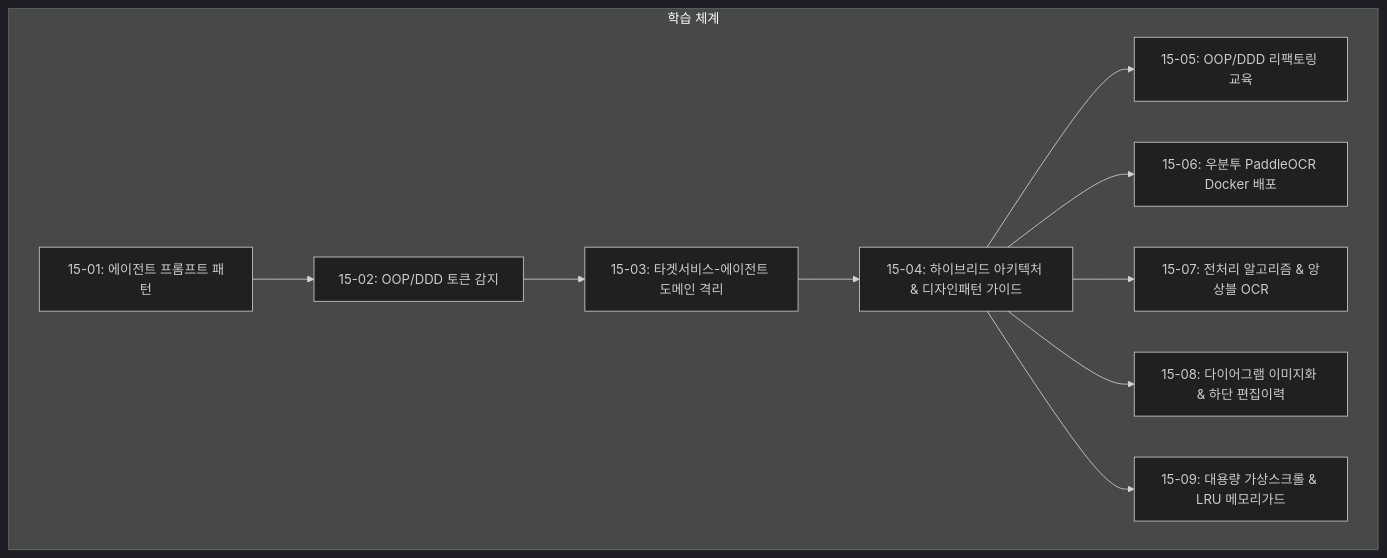
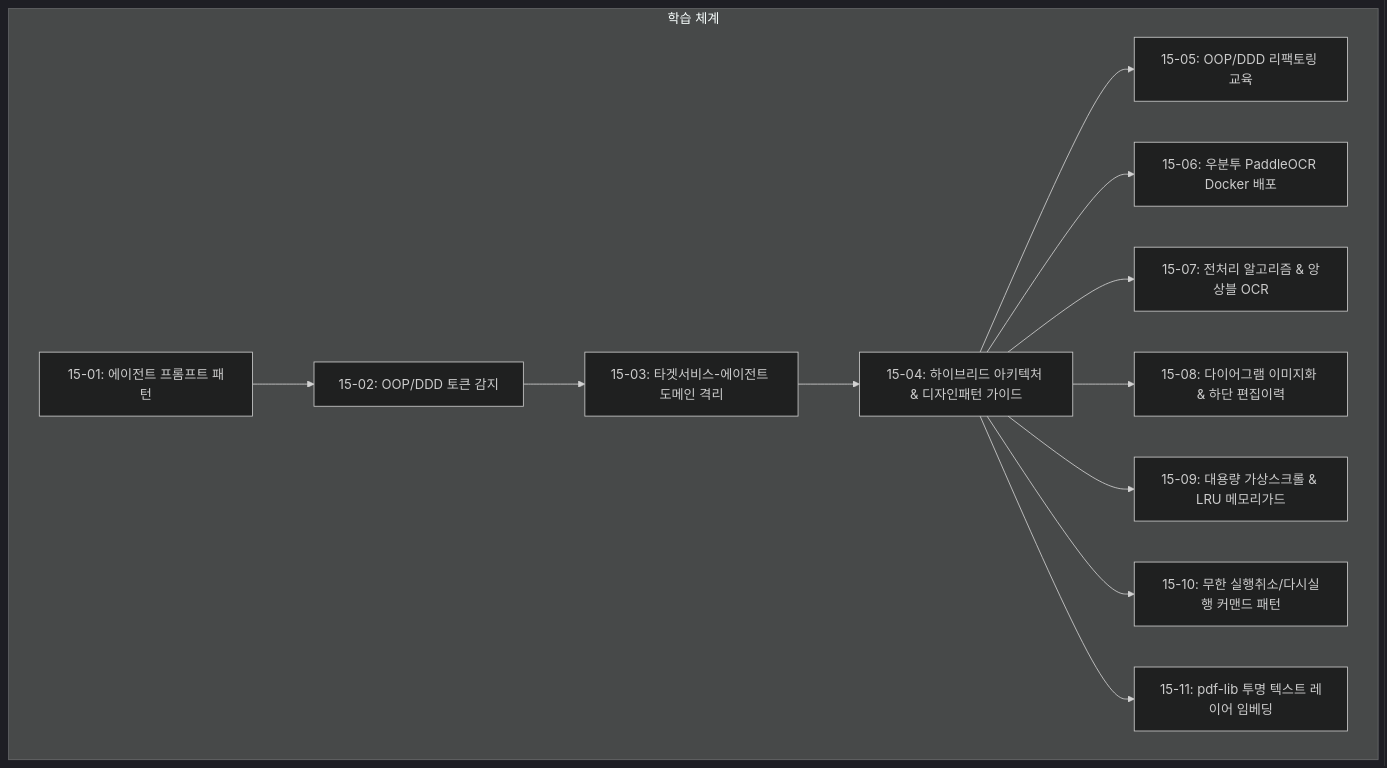
Before and after one commit to jkoogit/purePDFrend: the diagram in docs/15.학습/README_학습.md, drawn with Mermaid (dark theme). The commit also changed other lines of this file and 54 other files, not shown here.

````diff
--- a/docs/15.학습/README_학습.md
+++ b/docs/15.학습/README_학습.md
@@ -24,13 +28,15 @@
 ```mermaid
 graph TD
     subgraph 학습 체계
         L1[15-01: 에이전트 프롬프트 패턴] --> L2[15-02: OOP/DDD 토큰 감지]
         L2 --> L3[15-03: 타겟서비스-에이전트 도메인 격리]
         L3 --> L4[15-04: 하이브리드 아키텍처 & 디자인패턴 가이드]
         L4 --> L5[15-05: OOP/DDD 리팩토링 교육]
         L4 --> L6[15-06: 우분투 PaddleOCR Docker 배포]
         L4 --> L7[15-07: 전처리 알고리즘 & 앙상블 OCR]
         L4 --> L8[15-08: 다이어그램 이미지화 & 하단 편집이력]
         L4 --> L9[15-09: 대용량 가상스크롤 & LRU 메모리가드]
+        L4 --> L10[15-10: 무한 실행취소/다시실행 커맨드 패턴]
+        L4 --> L11[15-11: pdf-lib 투명 텍스트 레이어 임베딩]
     end
 ```
````
